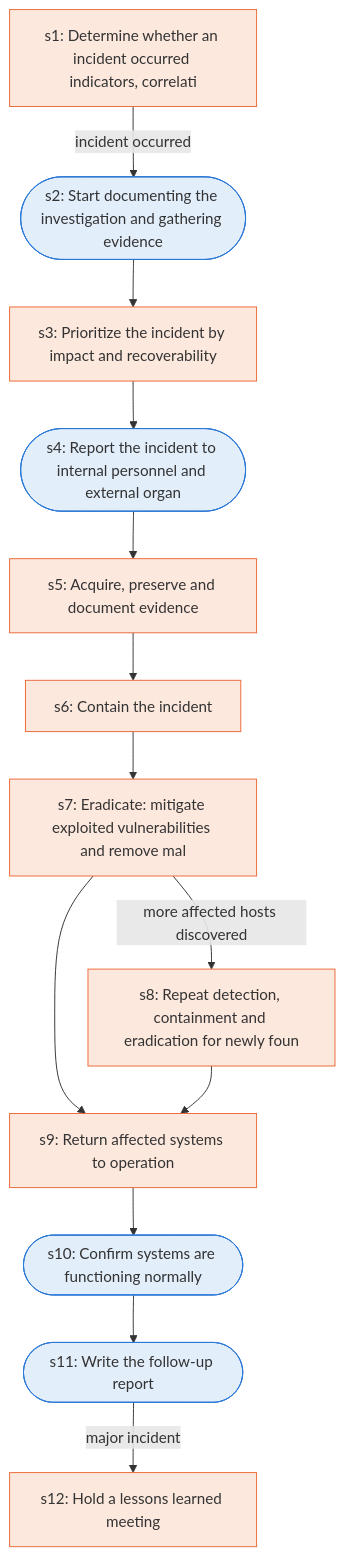
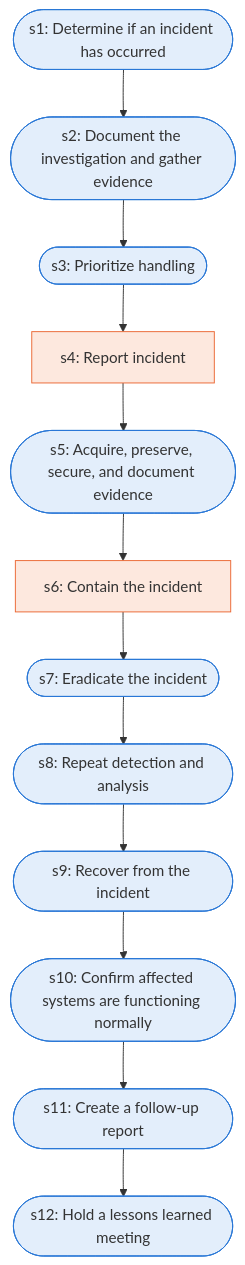
The diagram in docs/runbooks/inc_nist_incident_handling.md (Jitesh-Mishra/sop-to-agent-workflows), drawn with Mermaid before and after one commit. The commit also changed other lines of this file and 172 other files, not shown here.

````diff
--- a/docs/runbooks/inc_nist_incident_handling.md
+++ b/docs/runbooks/inc_nist_incident_handling.md
@@ -7,31 +7,30 @@
 ```mermaid
 flowchart TD
-  s1["s1: Determine whether an incident occurred indicators, correlati"]
-  s2(["s2: Start documenting the investigation and gathering evidence"])
-  s3["s3: Prioritize the incident by impact and recoverability"]
-  s4(["s4: Report the incident to internal personnel and external organ"])
-  s5["s5: Acquire, preserve and document evidence"]
+  s1(["s1: Determine if an incident has occurred"])
+  s2(["s2: Document the investigation and gather evidence"])
+  s3(["s3: Prioritize handling"])
+  s4["s4: Report incident"]
+  s5(["s5: Acquire, preserve, secure, and document evidence"])
   s6["s6: Contain the incident"]
-  s7["s7: Eradicate: mitigate exploited vulnerabilities and remove mal"]
-  s8["s8: Repeat detection, containment and eradication for newly foun"]
-  s9["s9: Return affected systems to operation"]
-  s10(["s10: Confirm systems are functioning normally"])
-  s11(["s11: Write the follow-up report"])
-  s12["s12: Hold a lessons learned meeting"]
-  s1 -->|incident occurred| s2
+  s7(["s7: Eradicate the incident"])
+  s8(["s8: Repeat detection and analysis"])
+  s9(["s9: Recover from the incident"])
+  s10(["s10: Confirm affected systems are functioning normally"])
+  s11(["s11: Create a follow-up report"])
+  s12(["s12: Hold a lessons learned meeting"])
+  s1 --> s2
   s2 --> s3
   s3 --> s4
   s4 --> s5
   s5 --> s6
   s6 --> s7
-  s7 -->|more affected hosts discovered| s8
-  s7 --> s9
+  s7 --> s8
   s8 --> s9
   s9 --> s10
   s10 --> s11
-  s11 -->|major incident| s12
+  s11 --> s12
   classDef agent fill:#e3eefb,stroke:#2a78d6
   classDef human fill:#fde8de,stroke:#eb6834
-  class s2,s4,s10,s11 agent
-  class s1,s3,s5,s6,s7,s8,s9,s12 human
+  class s1,s2,s3,s5,s7,s8,s9,s10,s11,s12 agent
+  class s4,s6 human
 ```
````
